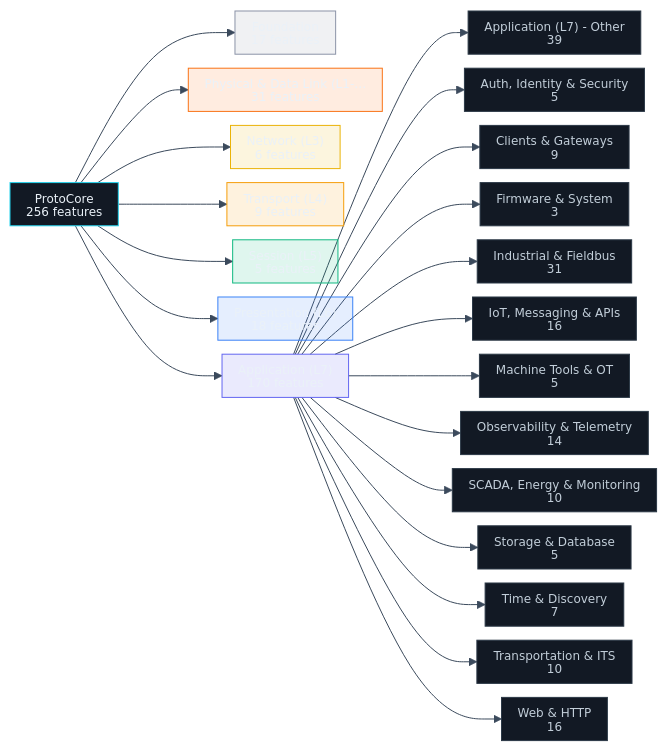
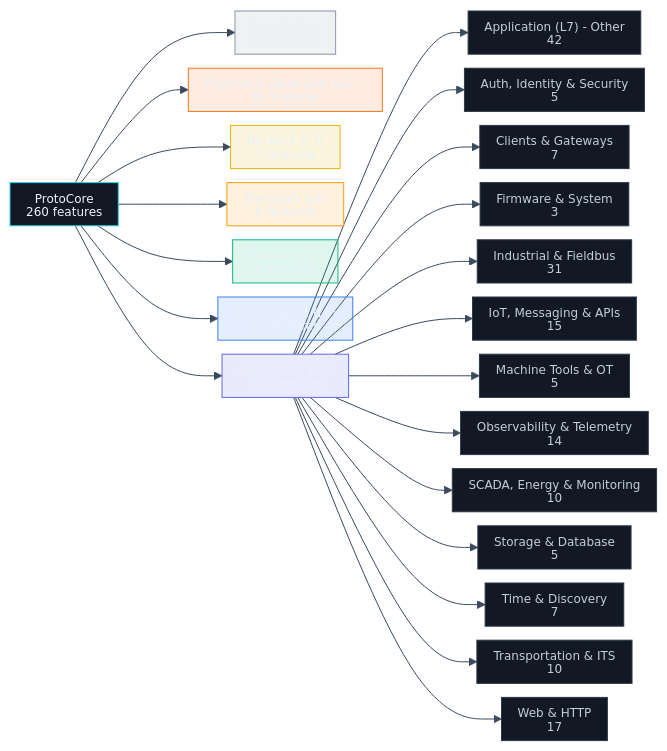
One commit to dstroy0/ProtoCore changed the diagram in docs/diagrams/features_map.mmd. Above: the diagram before and after it, drawn with Mermaid. The commit also changed 3 other files, not shown here.

```diff
--- a/docs/diagrams/features_map.mmd
+++ b/docs/diagrams/features_map.mmd
@@ -1,86 +1,86 @@
 %%{init: {'htmlLabels':false,'themeVariables':{'fontFamily':'monospace','fontSize':'12px','lineColor':'#3b4a5c'},'flowchart':{'curve':'basis','nodeSpacing':14,'rankSpacing':70,'padding':8,'useMaxWidth':true,'htmlLabels':false}}}%%
 flowchart LR
   %% Auto-generated from docs/FEATURES.md by tools/ci_tooling/generate/gen_features_tree.py.
-  n_root["ProtoCore                 <br/>256 features              "]
+  n_root["ProtoCore                 <br/>260 features              "]
   n_Foundation["Foundation                <br/>17 features               "]
   n_root --> n_Foundation
   n_Physical___Data_Link__L1_L2_["Physical & Data Link (L1-…<br/>31 features               "]
   n_root --> n_Physical___Data_Link__L1_L2_
-  n_Network__L3_["Network (L3)              <br/>6 features                "]
+  n_Network__L3_["Network (L3)              <br/>7 features                "]
   n_root --> n_Network__L3_
-  n_Transport__L4_["Transport (L4)            <br/>9 features                "]
+  n_Transport__L4_["Transport (L4)            <br/>8 features                "]
   n_root --> n_Transport__L4_
   n_Session__L5_["Session (L5)              <br/>5 features                "]
   n_root --> n_Session__L5_
-  n_Presentation__L6_["Presentation (L6)         <br/>18 features               "]
+  n_Presentation__L6_["Presentation (L6)         <br/>21 features               "]
   n_root --> n_Presentation__L6_
-  n_Application__L7_["Application (L7)          <br/>170 features              "]
+  n_Application__L7_["Application (L7)          <br/>171 features              "]
   n_root --> n_Application__L7_
-  n_Application__L7____Other["Application (L7) - Other  <br/>39                        "]
+  n_Application__L7____Other["Application (L7) - Other  <br/>42                        "]
   n_Application__L7_ --> n_Application__L7____Other
   n_Auth__Identity___Security["Auth, Identity & Security <br/>5                         "]
   n_Application__L7_ --> n_Auth__Identity___Security
-  n_Clients___Gateways["Clients & Gateways        <br/>9                         "]
+  n_Clients___Gateways["Clients & Gateways        <br/>7                         "]
   n_Application__L7_ --> n_Clients___Gateways
   n_Firmware___System["Firmware & System         <br/>3                         "]
   n_Application__L7_ --> n_Firmware___System
   n_Industrial___Fieldbus["Industrial & Fieldbus     <br/>31                        "]
   n_Application__L7_ --> n_Industrial___Fieldbus
-  n_IoT__Messaging___APIs["IoT, Messaging & APIs     <br/>16                        "]
+  n_IoT__Messaging___APIs["IoT, Messaging & APIs     <br/>15                        "]
   n_Application__L7_ --> n_IoT__Messaging___APIs
   n_Machine_Tools___OT["Machine Tools & OT        <br/>5                         "]
   n_Application__L7_ --> n_Machine_Tools___OT
   n_Observability___Telemetry["Observability & Telemetry <br/>14                        "]
   n_Application__L7_ --> n_Observability___Telemetry
   n_SCADA__Energy___Monitoring["SCADA, Energy & Monitoring<br/>10                        "]
   n_Application__L7_ --> n_SCADA__Energy___Monitoring
   n_Storage___Database["Storage & Database        <br/>5                         "]
   n_Application__L7_ --> n_Storage___Database
   n_Time___Discovery["Time & Discovery          <br/>7                         "]
   n_Application__L7_ --> n_Time___Discovery
   n_Transportation___ITS["Transportation & ITS      <br/>10                        "]
   n_Application__L7_ --> n_Transportation___ITS
-  n_Web___HTTP["Web & HTTP                <br/>16                        "]
+  n_Web___HTTP["Web & HTTP                <br/>17                        "]
   n_Application__L7_ --> n_Web___HTTP
 
   click n_Foundation "features.html#foundation" "Foundation"
   click n_Physical___Data_Link__L1_L2_ "features.html#physical--data-link-l1-l2" "Physical & Data Link (L1-L2)"
   click n_Network__L3_ "features.html#network-l3" "Network (L3)"
   click n_Transport__L4_ "features.html#transport-l4" "Transport (L4)"
   click n_Session__L5_ "features.html#session-l5" "Session (L5)"
   click n_Presentation__L6_ "features.html#presentation-l6" "Presentation (L6)"
-  click n_Application__L7____Other "features.html#application-l7---other" "Application (L7) - Other - 39 features"
+  click n_Application__L7____Other "features.html#application-l7---other" "Application (L7) - Other - 42 features"
   click n_Auth__Identity___Security "features.html#auth-identity--security" "Auth, Identity & Security - 5 features"
-  click n_Clients___Gateways "features.html#clients--gateways" "Clients & Gateways - 9 features"
+  click n_Clients___Gateways "features.html#clients--gateways" "Clients & Gateways - 7 features"
   click n_Firmware___System "features.html#firmware--system" "Firmware & System - 3 features"
   click n_Industrial___Fieldbus "features.html#industrial--fieldbus" "Industrial & Fieldbus - 31 features"
-  click n_IoT__Messaging___APIs "features.html#iot-messaging--apis" "IoT, Messaging & APIs - 16 features"
+  click n_IoT__Messaging___APIs "features.html#iot-messaging--apis" "IoT, Messaging & APIs - 15 features"
   click n_Machine_Tools___OT "features.html#machine-tools--ot" "Machine Tools & OT - 5 features"
   click n_Observability___Telemetry "features.html#observability--telemetry" "Observability & Telemetry - 14 features"
   click n_SCADA__Energy___Monitoring "features.html#scada-energy--monitoring" "SCADA, Energy & Monitoring - 10 features"
   click n_Storage___Database "features.html#storage--database" "Storage & Database - 5 features"
   click n_Time___Discovery "features.html#time--discovery" "Time & Discovery - 7 features"
   click n_Transportation___ITS "features.html#transportation--its" "Transportation & ITS - 10 features"
-  click n_Web___HTTP "features.html#web--http" "Web & HTTP - 16 features"
+  click n_Web___HTTP "features.html#web--http" "Web & HTTP - 17 features"
 
   style n_root fill:#121924,stroke:#22d3ee,color:#eaf1f8
   style n_Foundation fill:#8b93a722,stroke:#8b93a7,color:#eaf1f8
   style n_Physical___Data_Link__L1_L2_ fill:#f9731622,stroke:#f97316,color:#eaf1f8
   style n_Network__L3_ fill:#eab30822,stroke:#eab308,color:#eaf1f8
   style n_Transport__L4_ fill:#f59e0b22,stroke:#f59e0b,color:#eaf1f8
   style n_Session__L5_ fill:#10b98122,stroke:#10b981,color:#eaf1f8
   style n_Presentation__L6_ fill:#3b82f622,stroke:#3b82f6,color:#eaf1f8
   style n_Application__L7_ fill:#6366f122,stroke:#6366f1,color:#eaf1f8
   style n_Application__L7____Other fill:#121924,stroke:#2b3846,color:#c2ced9
   style n_Auth__Identity___Security fill:#121924,stroke:#2b3846,color:#c2ced9
   style n_Clients___Gateways fill:#121924,stroke:#2b3846,color:#c2ced9
   style n_Firmware___System fill:#121924,stroke:#2b3846,color:#c2ced9
   style n_Industrial___Fieldbus fill:#121924,stroke:#2b3846,color:#c2ced9
   style n_IoT__Messaging___APIs fill:#121924,stroke:#2b3846,color:#c2ced9
   style n_Machine_Tools___OT fill:#121924,stroke:#2b3846,color:#c2ced9
   style n_Observability___Telemetry fill:#121924,stroke:#2b3846,color:#c2ced9
   style n_SCADA__Energy___Monitoring fill:#121924,stroke:#2b3846,color:#c2ced9
   style n_Storage___Database fill:#121924,stroke:#2b3846,color:#c2ced9
   style n_Time___Discovery fill:#121924,stroke:#2b3846,color:#c2ced9
   style n_Transportation___ITS fill:#121924,stroke:#2b3846,color:#c2ced9
   style n_Web___HTTP fill:#121924,stroke:#2b3846,color:#c2ced9
```
